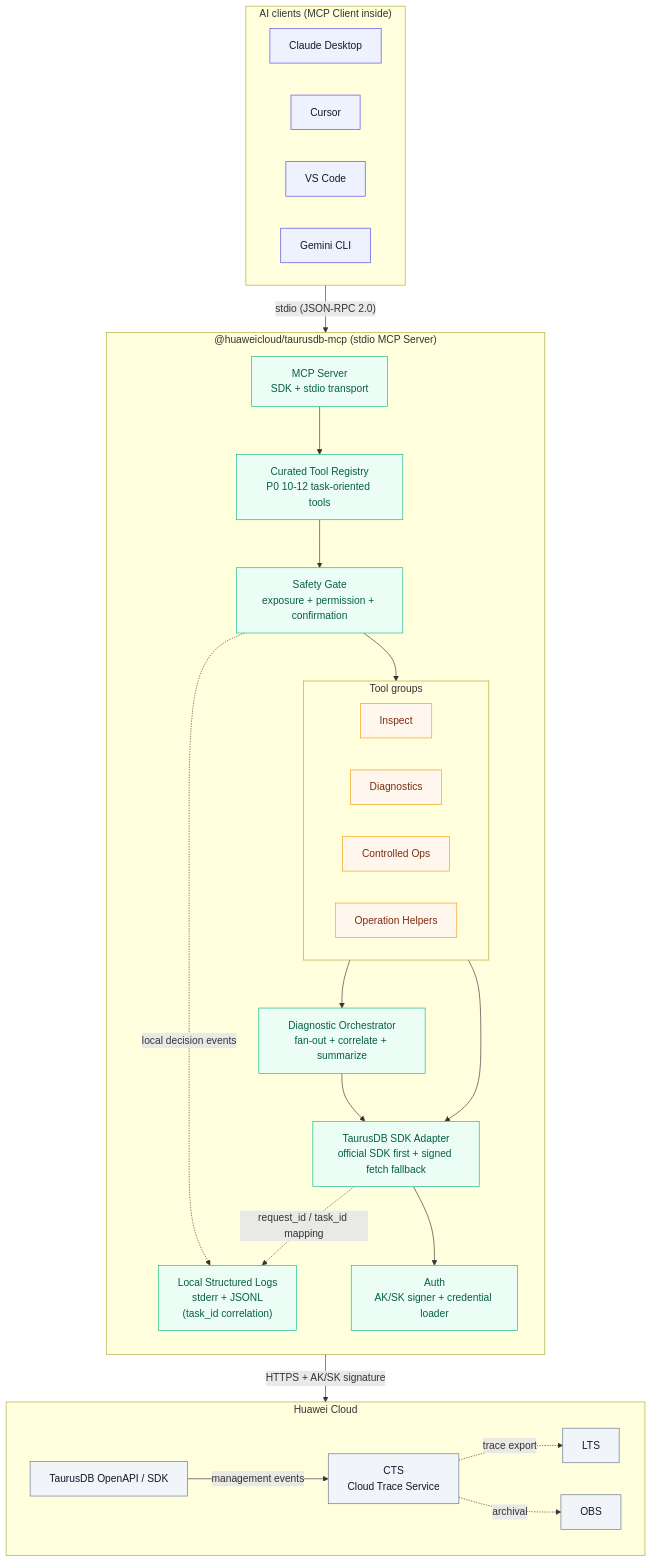
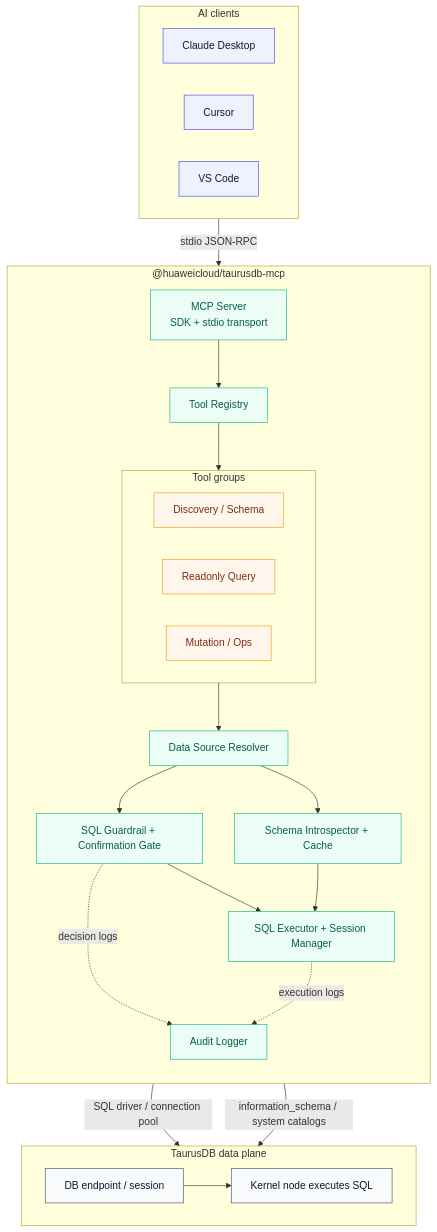
Before and after one commit to youweichen0208/blog: the first of 3 diagrams in docs/projects/taurus-mcp-server/taurusdb-architecture.md, drawn with Mermaid. The commit also changed other lines of this file and 6 other files, not shown here.

Commit message:
new changes for taurus mcp server

````diff
--- a/docs/projects/taurus-mcp-server/taurusdb-architecture.md
+++ b/docs/projects/taurus-mcp-server/taurusdb-architecture.md
@@ -37,59 +51,51 @@
 ```mermaid
 flowchart TB
-  %% layout
   classDef client fill:#EEF2FF,stroke:#4F46E5,color:#111827;
   classDef core fill:#ECFDF5,stroke:#10B981,color:#065F46;
   classDef tool fill:#FFF7ED,stroke:#F59E0B,color:#7C2D12;
-  classDef cloud fill:#F1F5F9,stroke:#64748B,color:#0F172A;
+  classDef data fill:#F8FAFC,stroke:#475569,color:#0F172A;
 
-  subgraph Clients["AI clients (MCP Client inside)"]
+  subgraph Clients["AI clients"]
     direction LR
     C1["Claude Desktop"]:::client
     C2["Cursor"]:::client
     C3["VS Code"]:::client
-    C4["Gemini CLI"]:::client
   end
 
-  subgraph Server["@huaweicloud/taurusdb-mcp (stdio MCP Server)"]
+  subgraph Server["@huaweicloud/taurusdb-mcp"]
     direction TB
+    MCP["MCP Server<br/>SDK + stdio transport"]:::core
+    REG["Tool Registry"]:::core
+    CTX["Data Source Resolver"]:::core
+    SCH["Schema Introspector + Cache"]:::core
+    SAFE["SQL Guardrail + Confirmation Gate"]:::core
+    EXEC["SQL Executor + Session Manager"]:::core
+    AUD["Audit Logger"]:::core
 
-    MCP["MCP Server\nSDK + stdio transport"]:::core
-    Reg["Curated Tool Registry\nP0 10-12 task-oriented tools"]:::core
-    Gate["Safety Gate\nexposure + permission + confirmation"]:::core
-    DX["Diagnostic Orchestrator\nfan-out + correlate + summarize"]:::core
-    Local["Local Structured Logs\nstderr + JSONL\n(task_id correlation)"]:::core
-
-    subgraph Toolset["Tool groups"]
+    subgraph TOOLS["Tool groups"]
       direction LR
-      T1["Inspect"]:::tool
-      T2["Diagnostics"]:::tool
-      T3["Controlled Ops"]:::tool
-      T4["Operation Helpers"]:::tool
+      T1["Discovery / Schema"]:::tool
+      T2["Readonly Query"]:::tool
+      T3["Mutation / Ops"]:::tool
     end
 
-    Auth["Auth\nAK/SK signer + credential loader"]:::core
-    SDK["TaurusDB SDK Adapter\nofficial SDK first + signed fetch fallback"]:::core
-
-    MCP --> Reg --> Gate --> Toolset
-    Gate -. local decision events .-> Local
-    Toolset --> DX
-    Toolset --> SDK
-    DX --> SDK
-    SDK --> Auth
-    SDK -. request_id / task_id mapping .-> Local
+    MCP --> REG --> TOOLS
+    TOOLS --> CTX
+    CTX --> SCH
+    CTX --> SAFE
+    SAFE --> EXEC
+    SCH --> EXEC
+    SAFE -. decision logs .-> AUD
+    EXEC -. execution logs .-> AUD
   end
 
-  subgraph Huawei["Huawei Cloud"]
+  subgraph DataPlane["TaurusDB data plane"]
     direction LR
-    API["TaurusDB OpenAPI / SDK"]:::cloud
-    CTS["CTS\nCloud Trace Service"]:::cloud
-    LTS["LTS"]:::cloud
-    OBS["OBS"]:::cloud
+    DB["DB endpoint / session"]:::data
+    KERNEL["Kernel node executes SQL"]:::data
   end
 
-  Clients -->|"stdio (JSON-RPC 2.0)"| MCP
-  SDK -->|"HTTPS + AK/SK signature"| API
-  API -->|"management events"| CTS
-  CTS -. trace export .-> LTS
-  CTS -. archival .-> OBS
+  Clients -->|"stdio JSON-RPC"| MCP
+  EXEC -->|"SQL driver / connection pool"| DB --> KERNEL
+  SCH -->|"information_schema / system catalogs"| DB
 ```
````
